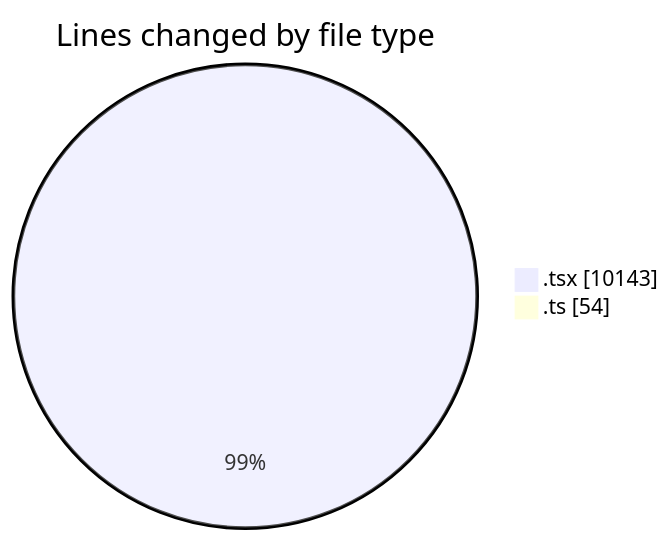
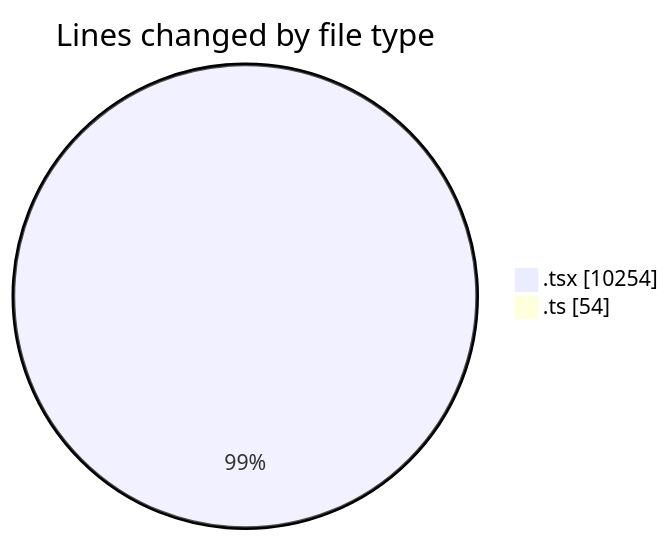
Before and after one commit to nxtqubesakshisongat/code-tracking: the first of 2 diagrams in 2026-03-05/nxtqube_webapp/README.md, drawn with Mermaid. The commit also changed other lines of this file and 1 other file, not shown here.

````diff
--- a/2026-03-05/nxtqube_webapp/README.md
+++ b/2026-03-05/nxtqube_webapp/README.md
@@ -34,6 +34,6 @@
 ```mermaid
 pie showData
 title Lines changed by file type
-".tsx" : 10143
+".tsx" : 10254
 ".ts" : 54
 ```
````
